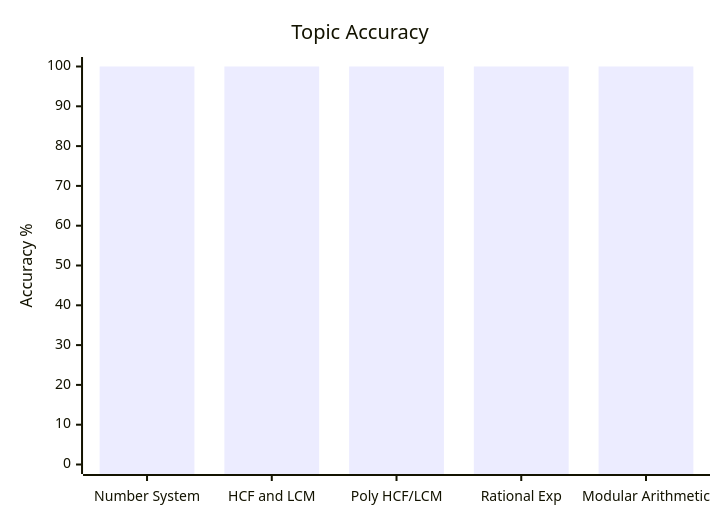
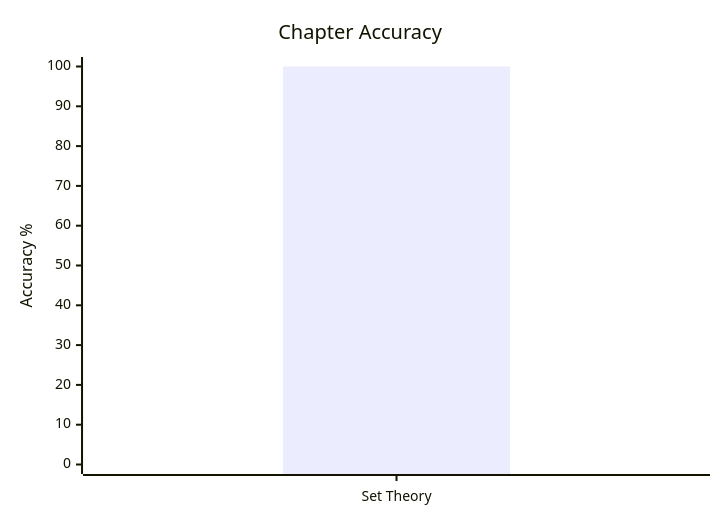
One commit to skc-coder/SAGE changed the first of 2 diagrams in content/cds/math/math_overview.md. Above: the diagram before and after it, drawn with Mermaid. The commit also changed other lines of this file and 15 other files, not shown here.

Commit message:
feat(sage): study chapter 19 set theory - subtopics, notes, categorized questions, and variations

````diff
--- a/content/cds/math/math_overview.md
+++ b/content/cds/math/math_overview.md
@@ -25,7 +13,7 @@
 ```mermaid
 xychart-beta
-    title "Topic Accuracy"
-    x-axis ["Number System", "HCF and LCM", "Poly HCF/LCM", "Rational Exp", "Modular Arithmetic"]
+    title "Chapter Accuracy"
+    x-axis ["Set Theory"]
     y-axis "Accuracy %" 0 --> 100
-    bar [100, 100, 100, 100, 100]
+    bar [100]
 ```
````
